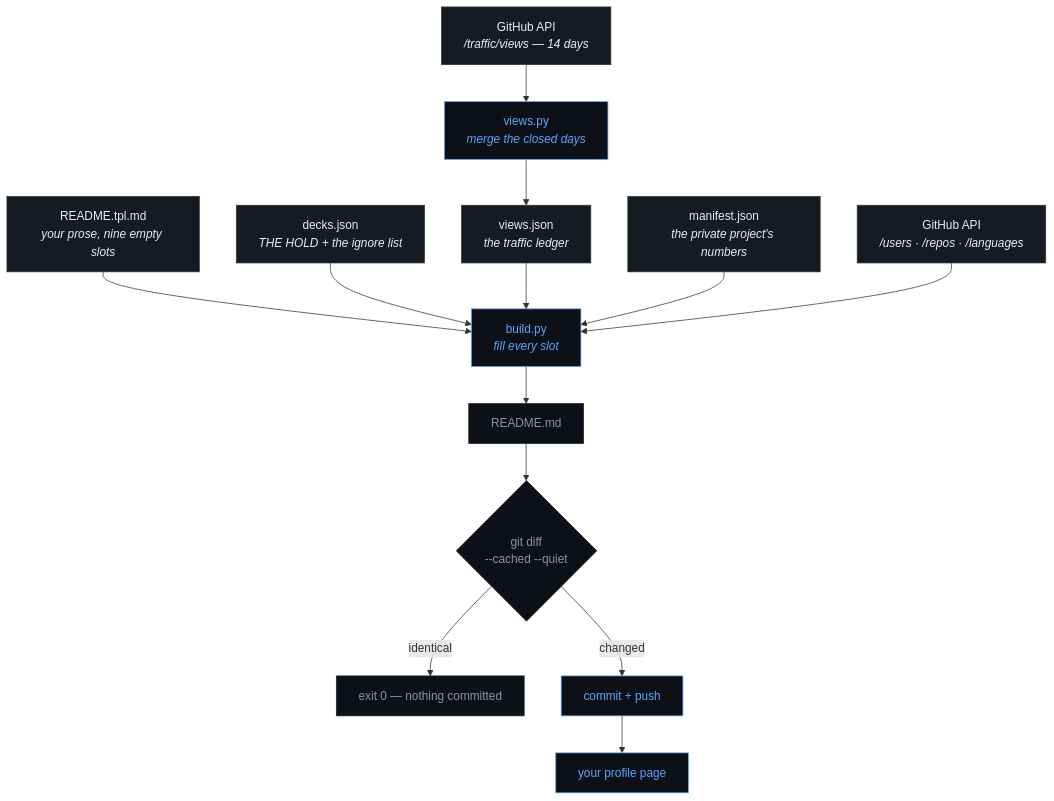
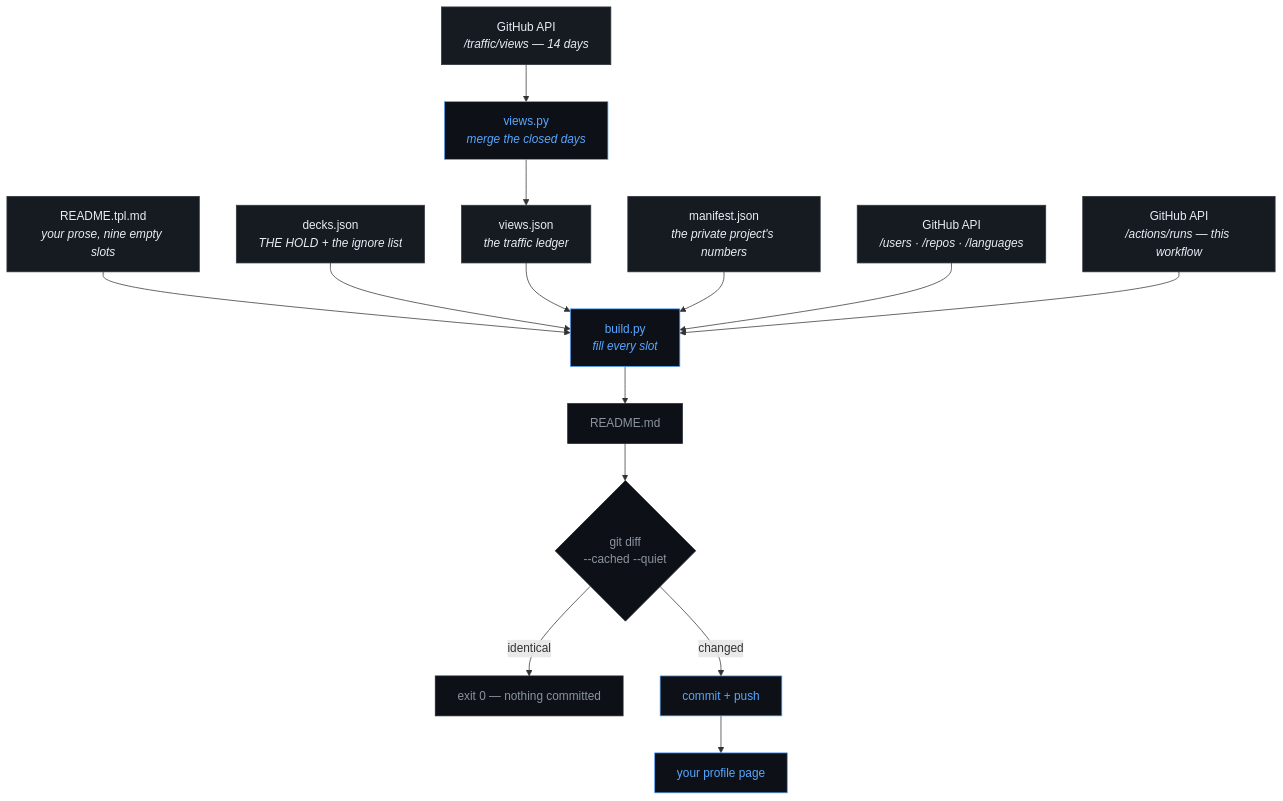
One commit to StarFleet1334/StarFleet1334 changed the first of 4 diagrams in PROCESS.md. Above: the diagram before and after it, drawn with Mermaid. The commit also changed other lines of this file and 4 other files, not shown here.

````diff
--- a/PROCESS.md
+++ b/PROCESS.md
@@ -7,22 +7,23 @@
 ```mermaid
 flowchart TD
     A["README.tpl.md<br/><i>your prose, nine empty slots</i>"] --> C
     B["decks.json<br/><i>THE HOLD + the ignore list</i>"] --> C
     V["views.json<br/><i>the traffic ledger</i>"] --> C
     M["manifest.json<br/><i>the private project's numbers</i>"] --> C
     G["GitHub API<br/><i>/users · /repos · /languages</i>"] --> C
     T["GitHub API<br/><i>/traffic/views — 14 days</i>"] --> W
+    R["GitHub API<br/><i>/actions/runs — this workflow</i>"] --> C
     W["views.py<br/><i>merge the closed days</i>"] --> V
     C["build.py<br/><i>fill every slot</i>"] --> D["README.md"]
     D --> E{"git diff<br/>--cached --quiet"}
     E -->|identical| F["exit 0 — nothing committed"]
     E -->|changed| H["commit + push"]
     H --> I["your profile page"]
 
     classDef src  fill:#161b22,stroke:#30363d,color:#e6edf3
     classDef act  fill:#0d1117,stroke:#58a6ff,color:#58a6ff
     classDef quiet fill:#0d1117,stroke:#21262d,color:#8b949e
-    class A,B,M,G,T,V src
+    class A,B,M,G,T,V,R src
     class C,W,H,I act
     class D,E,F quiet
 ```
````
